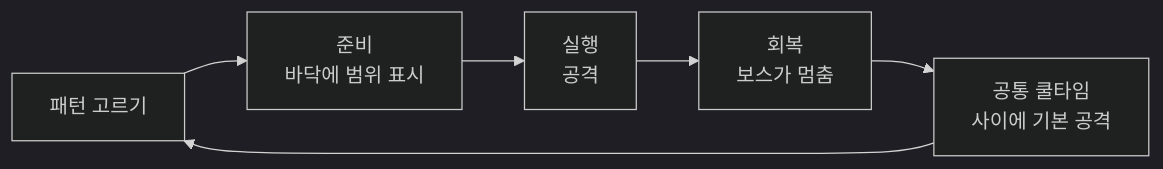
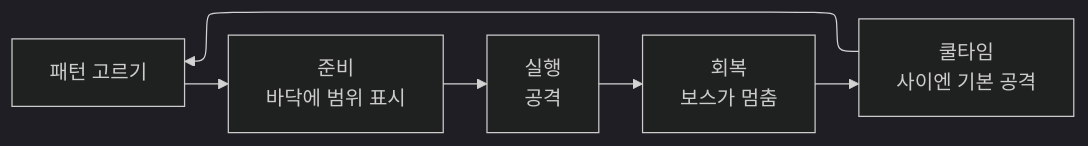
The third of 4 diagrams in src/1-hive-purge/기술문서.md (Lets-Gitit/portfolio), drawn with Mermaid (dark theme) before and after one commit. The commit also changed other lines of this file and 3 other files, not shown here.

````diff
--- a/src/1-hive-purge/기술문서.md
+++ b/src/1-hive-purge/기술문서.md
@@ -382,8 +378,12 @@
 ```mermaid
+---
+config:
+  layout: elk
+---
 flowchart LR
     S["패턴 고르기"] --> W["준비<br/>바닥에 범위 표시"]
     W --> A["실행<br/>공격"]
     A --> R["회복<br/>보스가 멈춤"]
-    R --> C["공통 쿨타임<br/>사이에 기본 공격"]
+    R --> C["쿨타임<br/>사이엔 기본 공격"]
     C --> S
 ```
````
